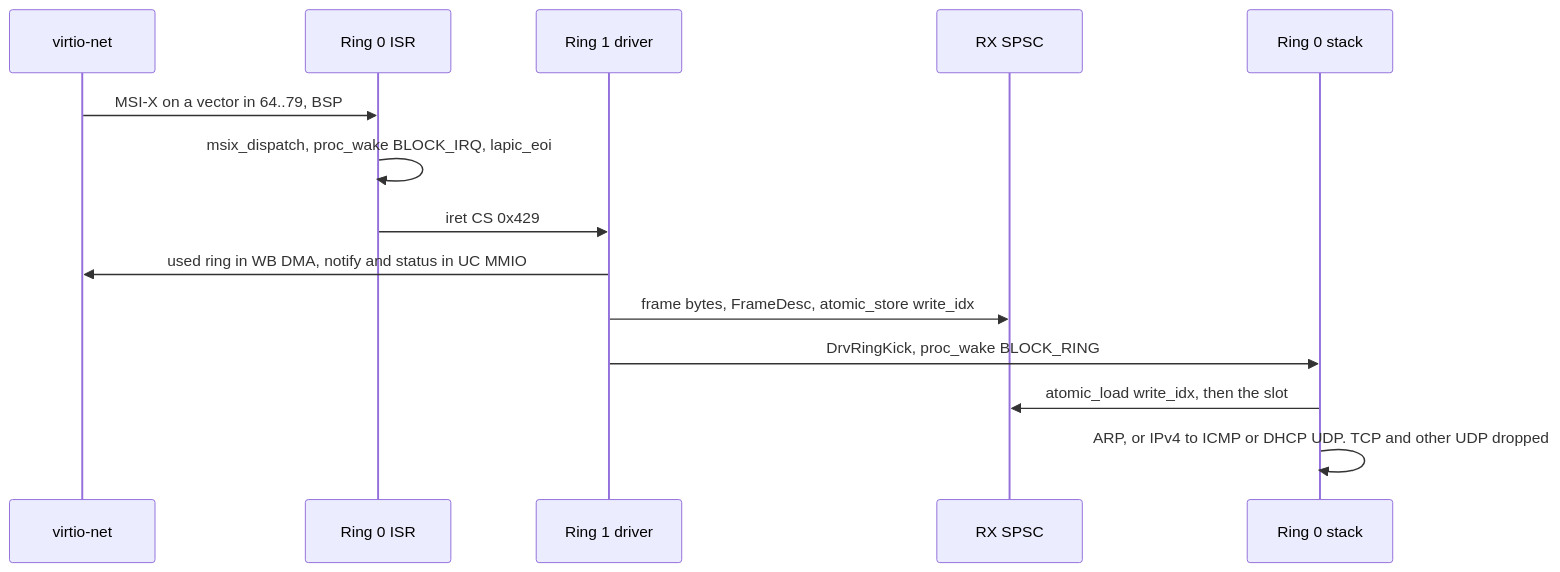
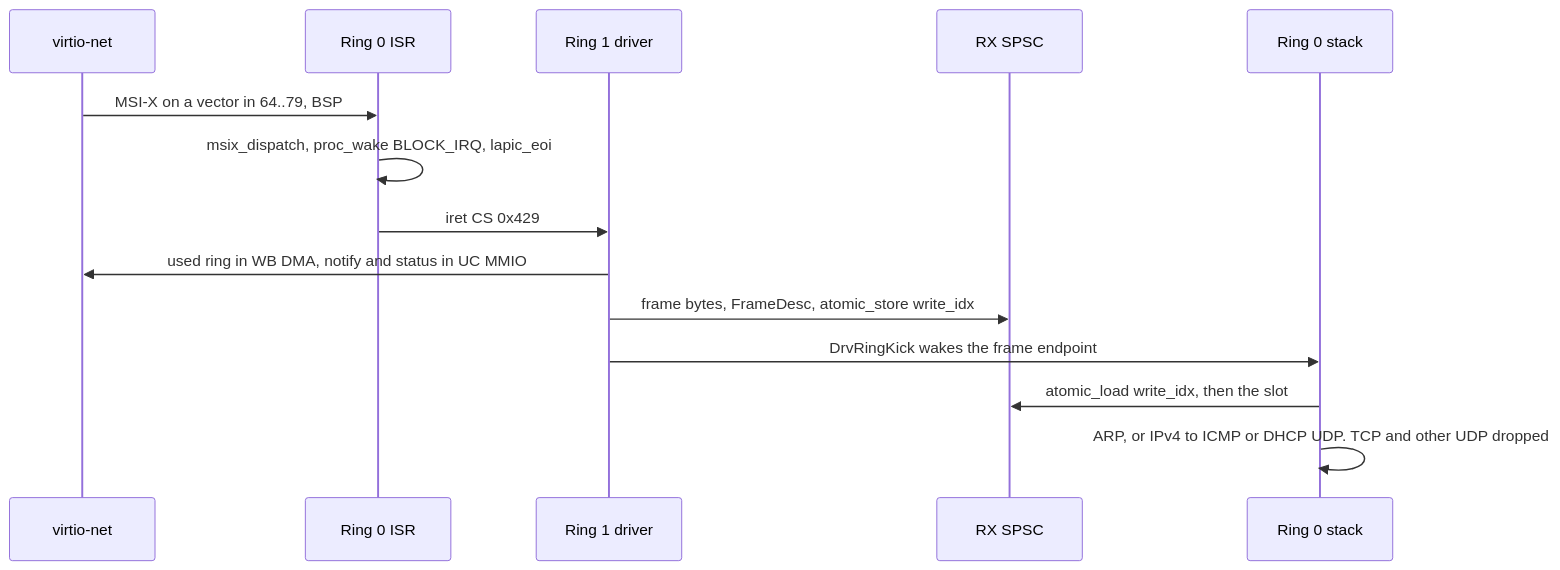
The second of 2 diagrams in projects/harland/docs/RING1_DRIVER.md (ritz-lang/rz), drawn with Mermaid before and after one commit. The commit also changed other lines of this file and 2 other files, not shown here.

First line of the commit message:
harland: 🤖 Absorb the ring-1 and ring-2 design review

````diff
--- a/projects/harland/docs/RING1_DRIVER.md
+++ b/projects/harland/docs/RING1_DRIVER.md
@@ -475,17 +577,17 @@
 ```mermaid
 sequenceDiagram
   participant Dev as virtio-net
   participant Isr as Ring 0 ISR
   participant Drv as Ring 1 driver
   participant Q as RX SPSC
   participant Ip as Ring 0 stack
 
   Dev->>Isr: MSI-X on a vector in 64..79, BSP
   Isr->>Isr: msix_dispatch, proc_wake BLOCK_IRQ, lapic_eoi
   Isr->>Drv: iret CS 0x429
   Drv->>Dev: used ring in WB DMA, notify and status in UC MMIO
   Drv->>Q: frame bytes, FrameDesc, atomic_store write_idx
-  Drv->>Ip: DrvRingKick, proc_wake BLOCK_RING
+  Drv->>Ip: DrvRingKick wakes the frame endpoint
   Ip->>Q: atomic_load write_idx, then the slot
   Ip->>Ip: ARP, or IPv4 to ICMP or DHCP UDP. TCP and other UDP dropped
 ```
````
